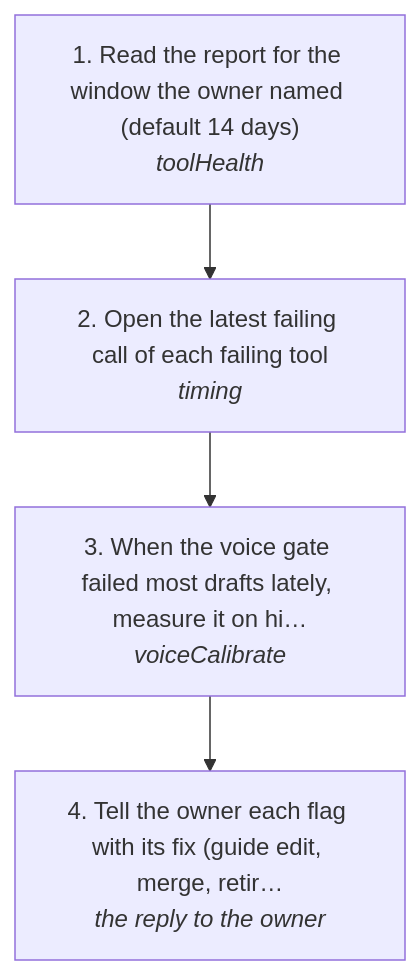
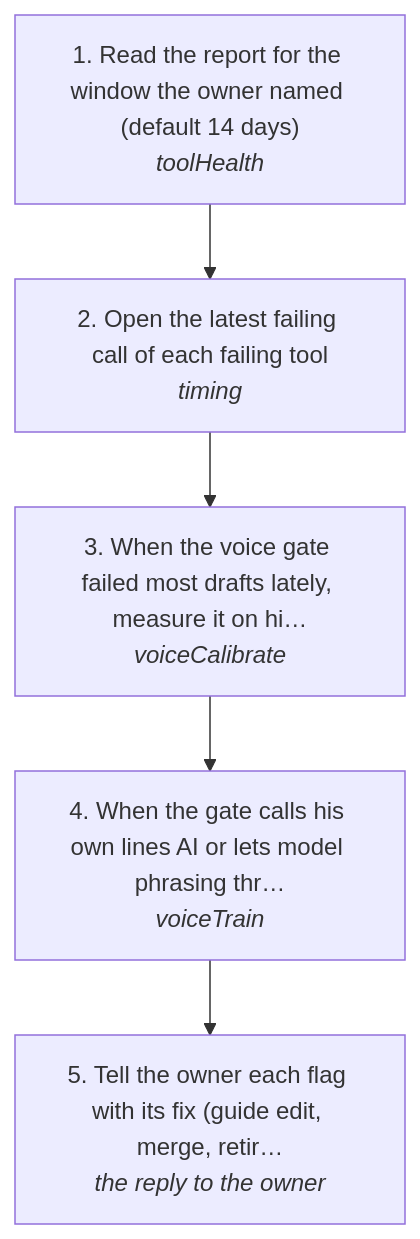
Before and after one commit to aggelos-pappas/log: the diagram in docs/useCases/log/toolHealth.md, drawn with Mermaid. The commit also changed other lines of this file and 43 other files, not shown here.

````diff
--- a/docs/useCases/log/toolHealth.md
+++ b/docs/useCases/log/toolHealth.md
@@ -14,10 +14,12 @@
 ```mermaid
 flowchart TD
   s0["1. Read the report for the window the owner named (default 14 days)<br/><i>toolHealth</i>"]
   s1["2. Open the latest failing call of each failing tool<br/><i>timing</i>"]
   s2["3. When the voice gate failed most drafts lately, measure it on hi…<br/><i>voiceCalibrate</i>"]
-  s3["4. Tell the owner each flag with its fix (guide edit, merge, retir…<br/><i>the reply to the owner</i>"]
+  s3["4. When the gate calls his own lines AI or lets model phrasing thr…<br/><i>voiceTrain</i>"]
+  s4["5. Tell the owner each flag with its fix (guide edit, merge, retir…<br/><i>the reply to the owner</i>"]
   s0 --> s1
   s1 --> s2
   s2 --> s3
+  s3 --> s4
 ```
````
